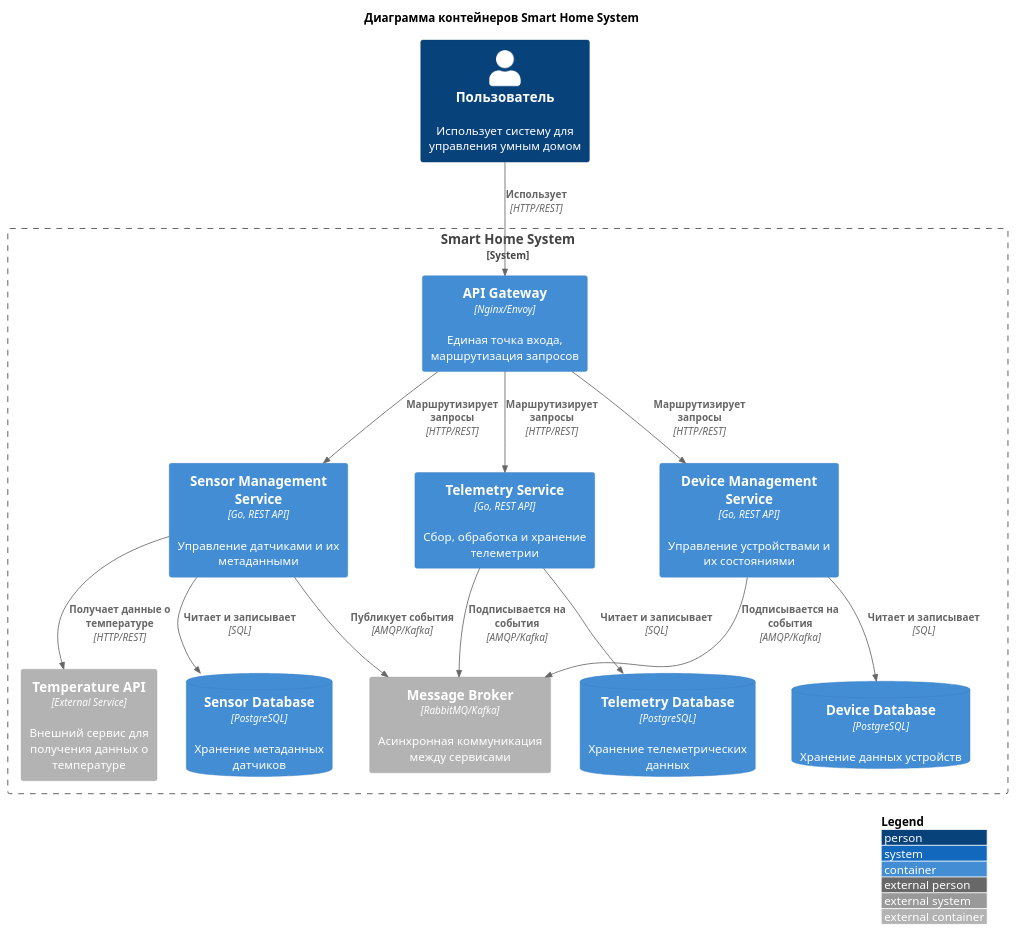
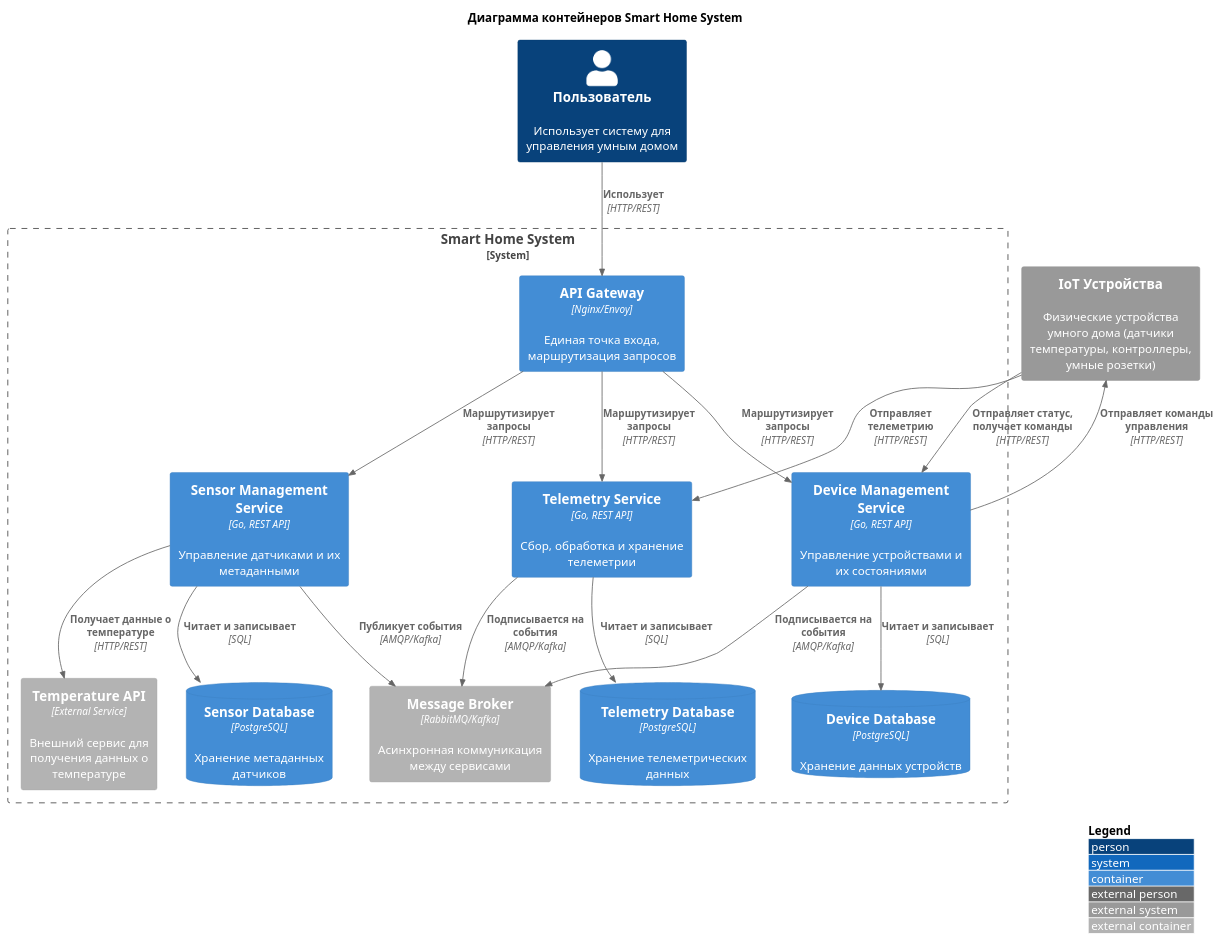
Before and after one commit to Yandex-Practicum/architecture-pro-warmhouse: the second of 8 diagrams in README.md, drawn with PlantUML. The commit also changed other lines of this file, not shown here.

````diff
--- a/README.md
+++ b/README.md
@@ -111,36 +113,40 @@
 ```plantuml
 @startuml
 !include https://raw.githubusercontent.com/plantuml-stdlib/C4-PlantUML/master/C4_Container.puml
 
 LAYOUT_WITH_LEGEND()
 
 title Диаграмма контейнеров Smart Home System
 
 Person(user, "Пользователь", "Использует систему для управления умным домом")
+System_Ext(iot_devices, "IoT Устройства", "Физические устройства умного дома (датчики температуры, контроллеры, умные розетки)")
 
 System_Boundary(smarthome, "Smart Home System") {
     Container(sensor_service, "Sensor Management Service", "Go, REST API", "Управление датчиками и их метаданными")
     Container(telemetry_service, "Telemetry Service", "Go, REST API", "Сбор, обработка и хранение телеметрии")
     Container(device_service, "Device Management Service", "Go, REST API", "Управление устройствами и их состояниями")
     Container(api_gateway, "API Gateway", "Nginx/Envoy", "Единая точка входа, маршрутизация запросов")
     ContainerDb(sensor_db, "Sensor Database", "PostgreSQL", "Хранение метаданных датчиков")
     ContainerDb(telemetry_db, "Telemetry Database", "PostgreSQL", "Хранение телеметрических данных")
     ContainerDb(device_db, "Device Database", "PostgreSQL", "Хранение данных устройств")
     Container_Ext(temperature_api, "Temperature API", "External Service", "Внешний сервис для получения данных о температуре")
     Container_Ext(message_broker, "Message Broker", "RabbitMQ/Kafka", "Асинхронная коммуникация между сервисами")
 }
 
 Rel(user, api_gateway, "Использует", "HTTP/REST")
 Rel(api_gateway, sensor_service, "Маршрутизирует запросы", "HTTP/REST")
 Rel(api_gateway, telemetry_service, "Маршрутизирует запросы", "HTTP/REST")
 Rel(api_gateway, device_service, "Маршрутизирует запросы", "HTTP/REST")
 Rel(sensor_service, sensor_db, "Читает и записывает", "SQL")
 Rel(sensor_service, temperature_api, "Получает данные о температуре", "HTTP/REST")
 Rel(telemetry_service, telemetry_db, "Читает и записывает", "SQL")
 Rel(device_service, device_db, "Читает и записывает", "SQL")
 Rel(sensor_service, message_broker, "Публикует события", "AMQP/Kafka")
 Rel(telemetry_service, message_broker, "Подписывается на события", "AMQP/Kafka")
 Rel(device_service, message_broker, "Подписывается на события", "AMQP/Kafka")
+Rel(iot_devices, telemetry_service, "Отправляет телеметрию", "HTTP/REST")
+Rel(iot_devices, device_service, "Отправляет статус, получает команды", "HTTP/REST")
+Rel(device_service, iot_devices, "Отправляет команды управления", "HTTP/REST")
 
 @enduml
 ```
````
